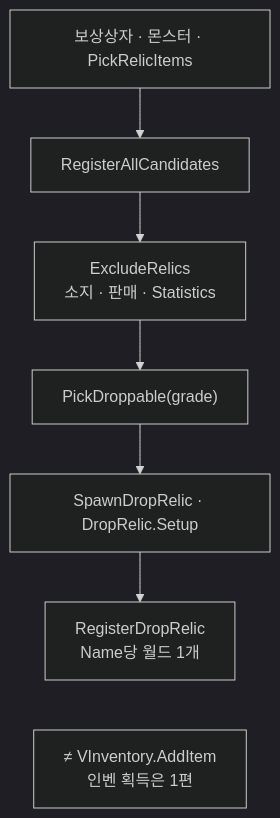
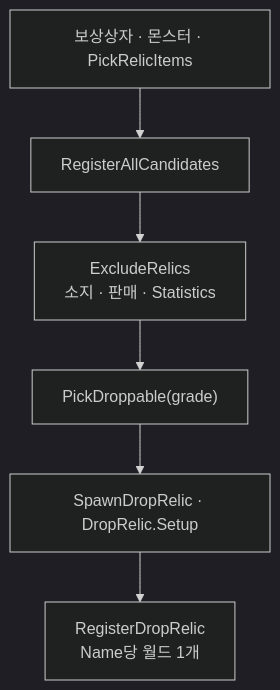
One commit to monet5379/monet5379.github.io changed the first of 2 diagrams in notes/dragon-relic-acquire.md. Above: the diagram before and after it, drawn with Mermaid (dark theme). The commit also changed other lines of this file and 24 other files, not shown here.

Commit message:
콘텐츠(notes): project 목록 FM과 복수 증명·Mermaid·회고 슬롯을 맞춥니다.

````diff
--- a/notes/dragon-relic-acquire.md
+++ b/notes/dragon-relic-acquire.md
@@ -68,11 +63,8 @@
 ```mermaid
 flowchart TD
   S["보상상자 · 몬스터 · PickRelicItems"] --> R["RegisterAllCandidates"]
   R --> E["ExcludeRelics<br/>소지 · 판매 · Statistics"]
   E --> P["PickDroppable(grade)"]
   P --> D["SpawnDropRelic · DropRelic.Setup"]
   D --> REG["RegisterDropRelic<br/>Name당 월드 1개"]
-
-  NOTE["≠ VInventory.AddItem<br/>인벤 획득은 1편"]
-  REG ~~~ NOTE
 ```
````
